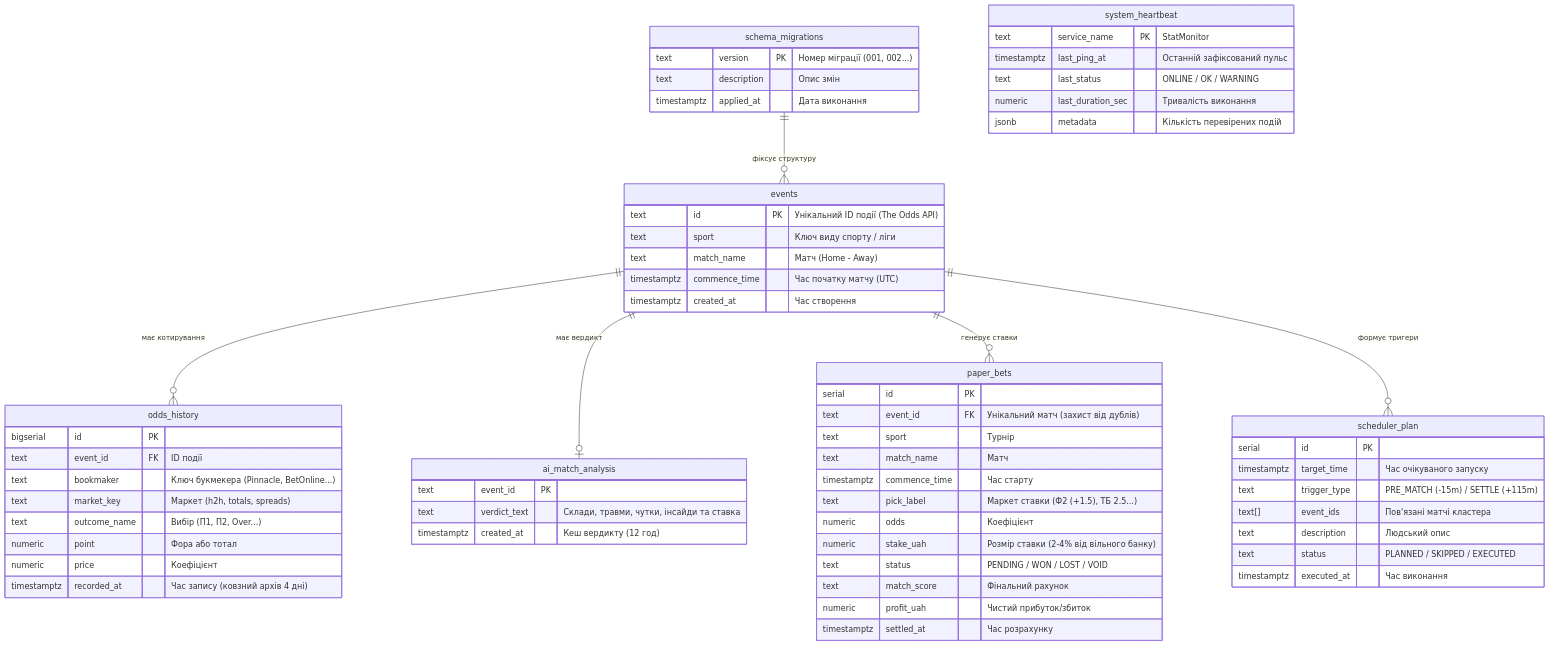
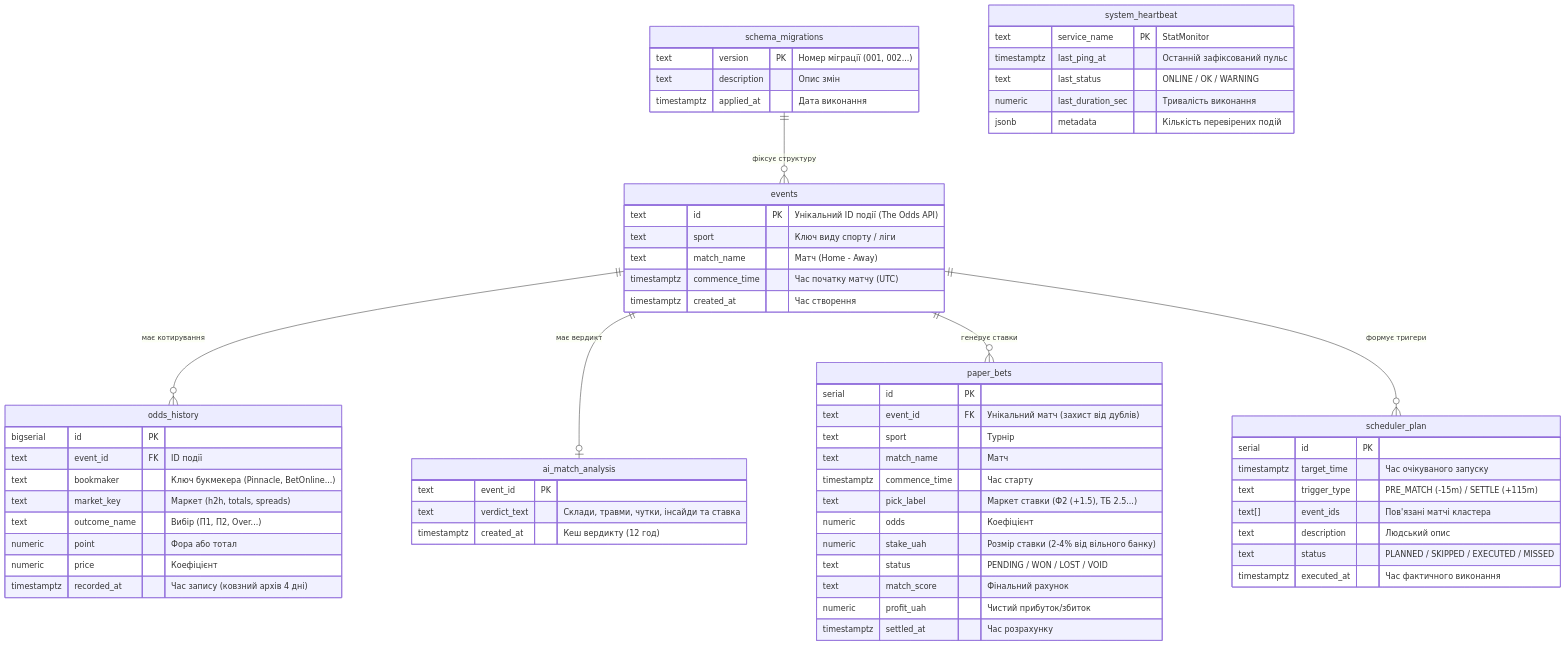
The second of 2 diagrams in docs/architecture.md (vsymchak/StatMonitor), drawn with Mermaid before and after one commit. The commit also changed other lines of this file and 1 other file, not shown here.

Commit message:
docs: update system architecture to v2.4 (statmonitor package, test suite, auto-tracking)

````diff
--- a/docs/architecture.md
+++ b/docs/architecture.md
@@ -116,72 +146,72 @@
 ```mermaid
 erDiagram
     events ||--o{ odds_history : "має котирування"
     events ||--o| ai_match_analysis : "має вердикт"
     events ||--o{ paper_bets : "генерує ставки"
     events ||--o{ scheduler_plan : "формує тригери"
     schema_migrations ||--o{ events : "фіксує структуру"
 
     schema_migrations {
         text version PK "Номер міграції (001, 002...)"
         text description "Опис змін"
         timestamptz applied_at "Дата виконання"
     }
 
     events {
         text id PK "Унікальний ID події (The Odds API)"
         text sport "Ключ виду спорту / ліги"
         text match_name "Матч (Home - Away)"
         timestamptz commence_time "Час початку матчу (UTC)"
         timestamptz created_at "Час створення"
     }
 
     odds_history {
         bigserial id PK
         text event_id FK "ID події"
         text bookmaker "Ключ букмекера (Pinnacle, BetOnline...)"
         text market_key "Маркет (h2h, totals, spreads)"
         text outcome_name "Вибір (П1, П2, Over...)"
         numeric point "Фора або тотал"
         numeric price "Коефіцієнт"
         timestamptz recorded_at "Час запису (ковзний архів 4 дні)"
     }
 
     paper_bets {
         serial id PK
         text event_id FK "Унікальний матч (захист від дублів)"
         text sport "Турнір"
         text match_name "Матч"
         timestamptz commence_time "Час старту"
         text pick_label "Маркет ставки (Ф2 (+1.5), ТБ 2.5...)"
         numeric odds "Коефіцієнт"
         numeric stake_uah "Розмір ставки (2-4% від вільного банку)"
         text status "PENDING / WON / LOST / VOID"
         text match_score "Фінальний рахунок"
         numeric profit_uah "Чистий прибуток/збиток"
         timestamptz settled_at "Час розрахунку"
     }
 
     ai_match_analysis {
         text event_id PK
         text verdict_text "Склади, травми, чутки, інсайди та ставка"
         timestamptz created_at "Кеш вердикту (12 год)"
     }
 
     scheduler_plan {
         serial id PK
         timestamptz target_time "Час очікуваного запуску"
         text trigger_type "PRE_MATCH (-15m) / SETTLE (+115m)"
         text[] event_ids "Пов'язані матчі кластера"
         text description "Людський опис"
-        text status "PLANNED / SKIPPED / EXECUTED"
-        timestamptz executed_at "Час виконання"
+        text status "PLANNED / SKIPPED / EXECUTED / MISSED"
+        timestamptz executed_at "Час фактичного виконання"
     }
 
     system_heartbeat {
         text service_name PK "StatMonitor"
         timestamptz last_ping_at "Останній зафіксований пульс"
         text last_status "ONLINE / OK / WARNING"
         numeric last_duration_sec "Тривалість виконання"
         jsonb metadata "Кількість перевірених подій"
     }
 ```
````
